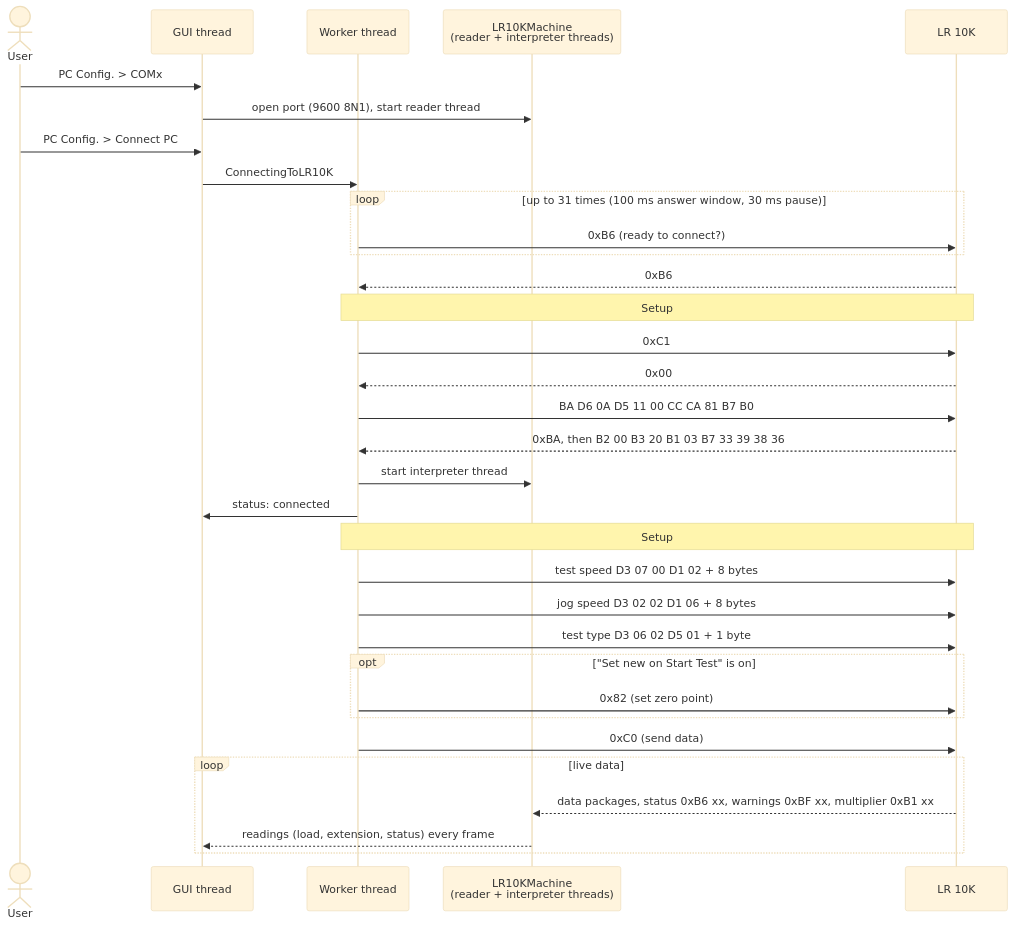
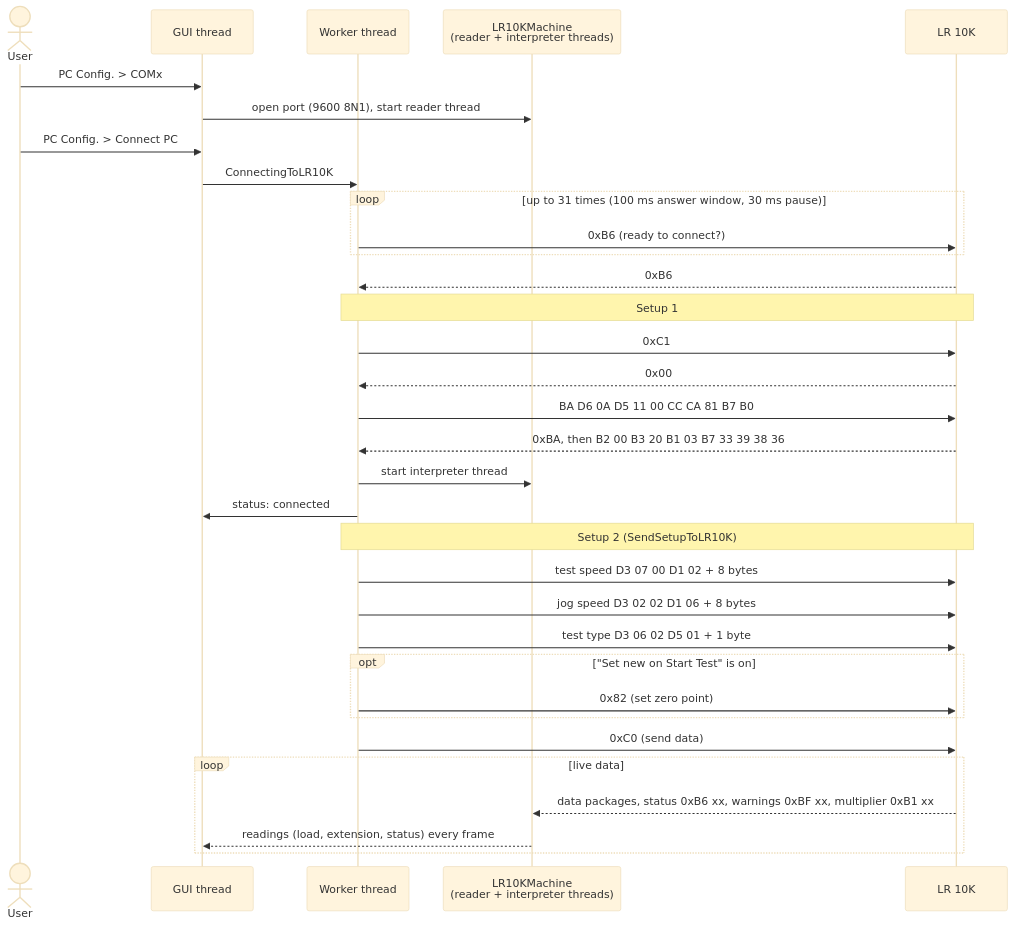
One commit to ravo10/lr10k-2027 changed the fifth of 5 diagrams in docs/architecture/README.md. Above: the diagram before and after it, drawn with Mermaid (base theme). The commit also changed other lines of this file and 5 other files, not shown here.

First line of the commit message:
Architecture diagrams as a Visio file (docs/architecture/lr10k-architecture.vsdx)

````diff
--- a/docs/architecture/README.md
+++ b/docs/architecture/README.md
@@ -298,36 +300,36 @@
 ```mermaid
 sequenceDiagram
     actor User
     participant GUI as GUI thread
     participant Worker as Worker thread
     participant Conn as LR10KMachine<br/>(reader + interpreter threads)
     participant LR as LR 10K
 
     User->>GUI: PC Config. > COMx
     GUI->>Conn: open port (9600 8N1), start reader thread
     User->>GUI: PC Config. > Connect PC
     GUI->>Worker: ConnectingToLR10K
     loop up to 31 times (100 ms answer window, 30 ms pause)
         Worker->>LR: 0xB6 (ready to connect?)
     end
     LR-->>Worker: 0xB6
-    Note over Worker,LR: Setup #1
+    Note over Worker,LR: Setup 1
     Worker->>LR: 0xC1
     LR-->>Worker: 0x00
     Worker->>LR: BA D6 0A D5 11 00 CC CA 81 B7 B0
     LR-->>Worker: 0xBA, then B2 00 B3 20 B1 03 B7 33 39 38 36
     Worker->>Conn: start interpreter thread
     Worker->>GUI: status: connected
-    Note over Worker,LR: Setup #2 (SendSetupToLR10K)
+    Note over Worker,LR: Setup 2 (SendSetupToLR10K)
     Worker->>LR: test speed D3 07 00 D1 02 + 8 bytes
     Worker->>LR: jog speed D3 02 02 D1 06 + 8 bytes
     Worker->>LR: test type D3 06 02 D5 01 + 1 byte
     opt "Set new on Start Test" is on
         Worker->>LR: 0x82 (set zero point)
     end
     Worker->>LR: 0xC0 (send data)
     loop live data
         LR-->>Conn: data packages, status 0xB6 xx, warnings 0xBF xx, multiplier 0xB1 xx
         Conn-->>GUI: readings (load, extension, status) every frame
     end
 ```
````
